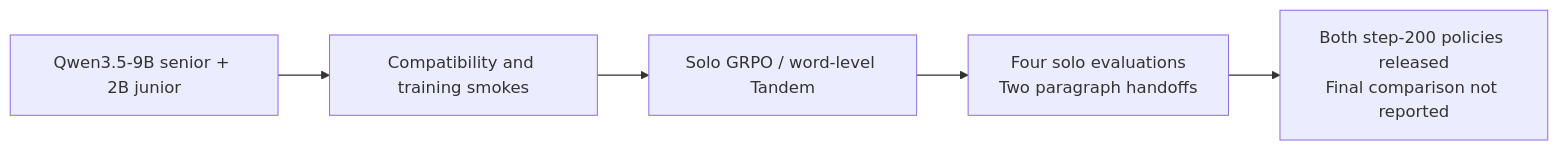
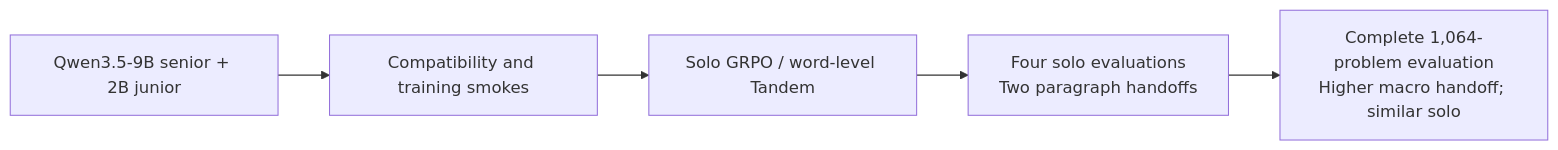
One commit to ChrisG777/Tandem-RLVR changed the first of 10 diagrams in experiments/README.md. Above: the diagram before and after it, drawn with Mermaid. The commit also changed other lines of this file and 4 other files, not shown here.

````diff
--- a/experiments/README.md
+++ b/experiments/README.md
@@ -51,7 +23,7 @@
 ```mermaid
 flowchart LR
     A["Qwen3.5-9B senior + 2B junior"] --> B["Compatibility and training smokes"]
     B --> C["Solo GRPO / word-level Tandem"]
     C --> D["Four solo evaluations<br/>Two paragraph handoffs"]
-    D --> E["Both step-200 policies released<br/>Final comparison not reported"]
+    D --> E["Complete 1,064-problem evaluation<br/>Higher macro handoff; similar solo"]
 ```
````
